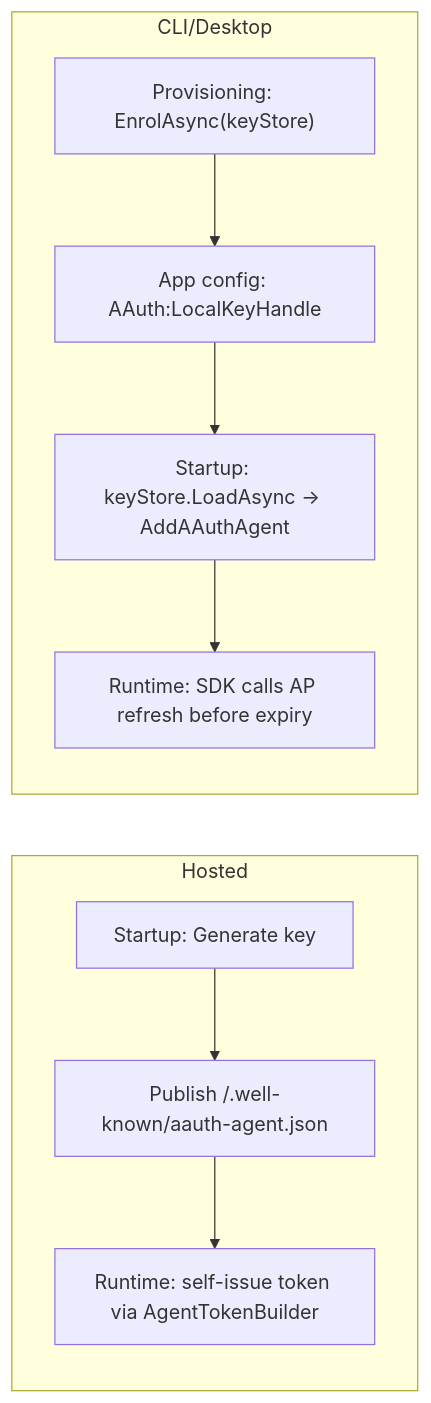
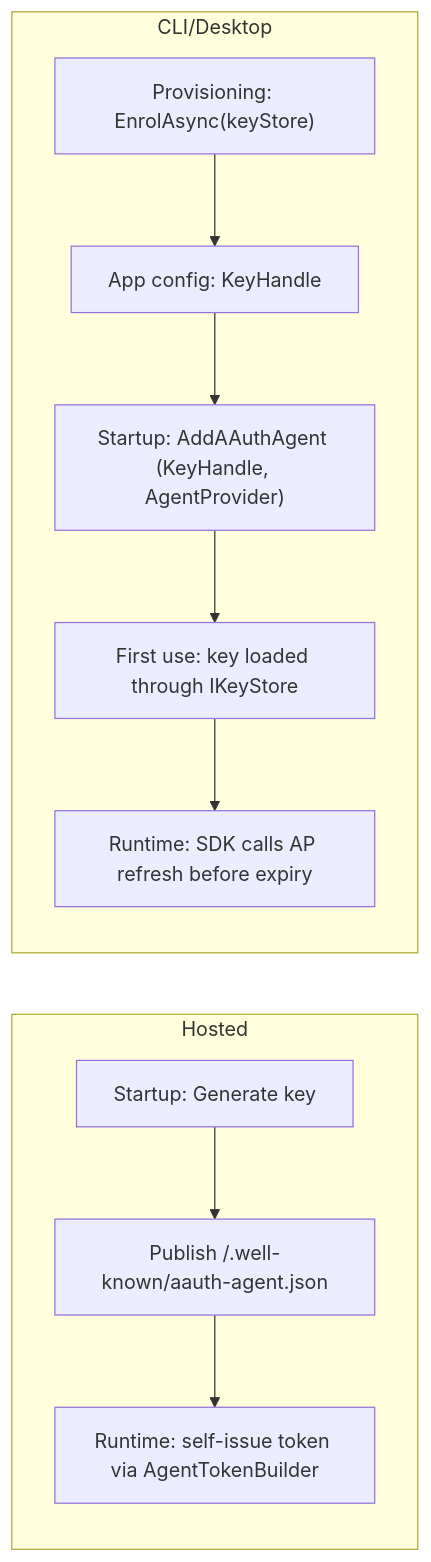
The diagram in docs/reference/dependency-injection.md (aauth-dev/dotnet-samples), drawn with Mermaid before and after one commit. The commit also changed other lines of this file and 23 other files, not shown here.

First line of the commit message:
[Phase 7] SDK API surface: agent registration, factory, configuration

````diff
--- a/docs/reference/dependency-injection.md
+++ b/docs/reference/dependency-injection.md
@@ -14,12 +14,13 @@
 ```mermaid
 flowchart LR
     subgraph Hosted
         H1["Startup: Generate key"] --> H2["Publish /.well-known/aauth-agent.json"]
         H2 --> H3["Runtime: self-issue token via AgentTokenBuilder"]
     end
     subgraph CLI/Desktop
-        P["Provisioning: EnrolAsync(keyStore)"] --> C["App config: AAuth:LocalKeyHandle"]
-        C --> S["Startup: keyStore.LoadAsync → AddAAuthAgent"]
-        S --> R["Runtime: SDK calls AP refresh before expiry"]
+        P["Provisioning: EnrolAsync(keyStore)"] --> C["App config: KeyHandle"]
+        C --> S["Startup: AddAAuthAgent (KeyHandle, AgentProvider)"]
+        S --> K["First use: key loaded through IKeyStore"]
+        K --> R["Runtime: SDK calls AP refresh before expiry"]
     end
 ```
````
